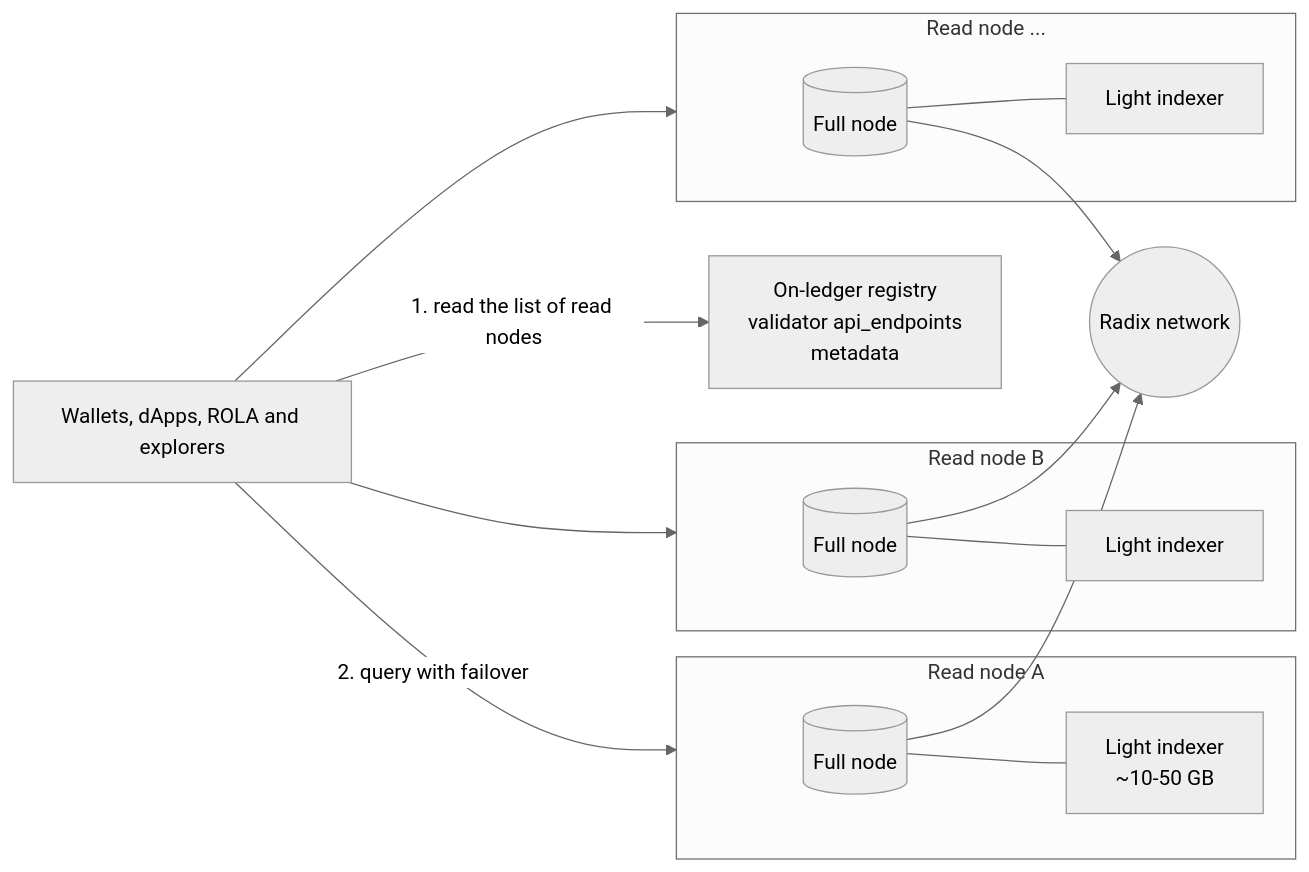
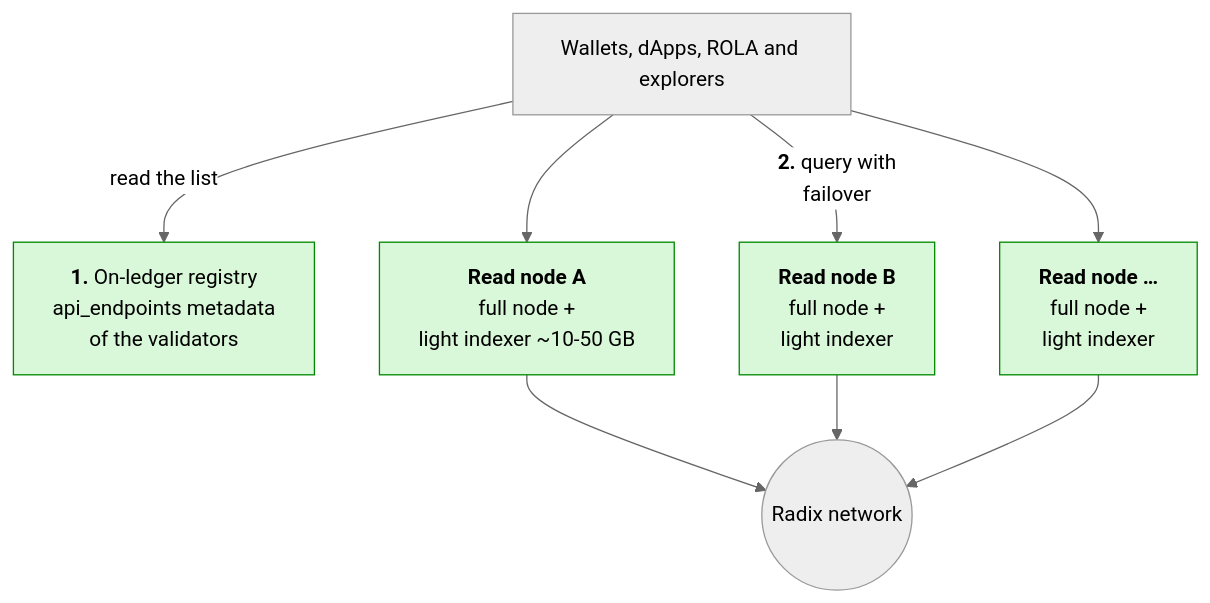
The second of 7 diagrams in docs/en/06-recommended-solution.md (dazligth/radix-decentralization-roadmap), drawn with Mermaid (neutral theme) before and after one commit. The commit also changed other lines of this file and 9 other files, not shown here.

First line of the commit message:
Redesign diagrams for readability on GitHub

````diff
--- a/docs/en/06-recommended-solution.md
+++ b/docs/en/06-recommended-solution.md
@@ -49,21 +35,18 @@
 ```mermaid
-flowchart LR
+flowchart TB
     C["Wallets, dApps, ROLA and explorers"]
-    REG["On-ledger registry<br/>validator api_endpoints<br/>metadata"]
-    C -- "1. read the list of read nodes" --> REG
-    C -- "2. query with failover" --> A
-    C --> B
+    REG["<b>1.</b> On-ledger registry<br/>api_endpoints metadata<br/>of the validators"]
+    A["<b>Read node A</b><br/>full node +<br/>light indexer ~10-50 GB"]
+    B["<b>Read node B</b><br/>full node +<br/>light indexer"]
+    Z["<b>Read node …</b><br/>full node +<br/>light indexer"]
+    R(("Radix network"))
+    C -->|"read the list"| REG
+    C --> A
+    C -->|"<b>2.</b> query with<br/>failover"| B
     C --> Z
-    subgraph A["Read node A"]
-        A1[("Full node")] --- A2["Light indexer<br/>~10-50 GB"]
-    end
-    subgraph B["Read node B"]
-        B1[("Full node")] --- B2["Light indexer"]
-    end
-    subgraph Z["Read node ..."]
-        Z1[("Full node")] --- Z2["Light indexer"]
-    end
-    A1 --> R(("Radix network"))
-    B1 --> R
-    Z1 --> R
+    A --> R
+    B --> R
+    Z --> R
+    classDef good fill:#d9f7d9,stroke:#080,color:#000
+    class REG,A,B,Z good
 ```
````
